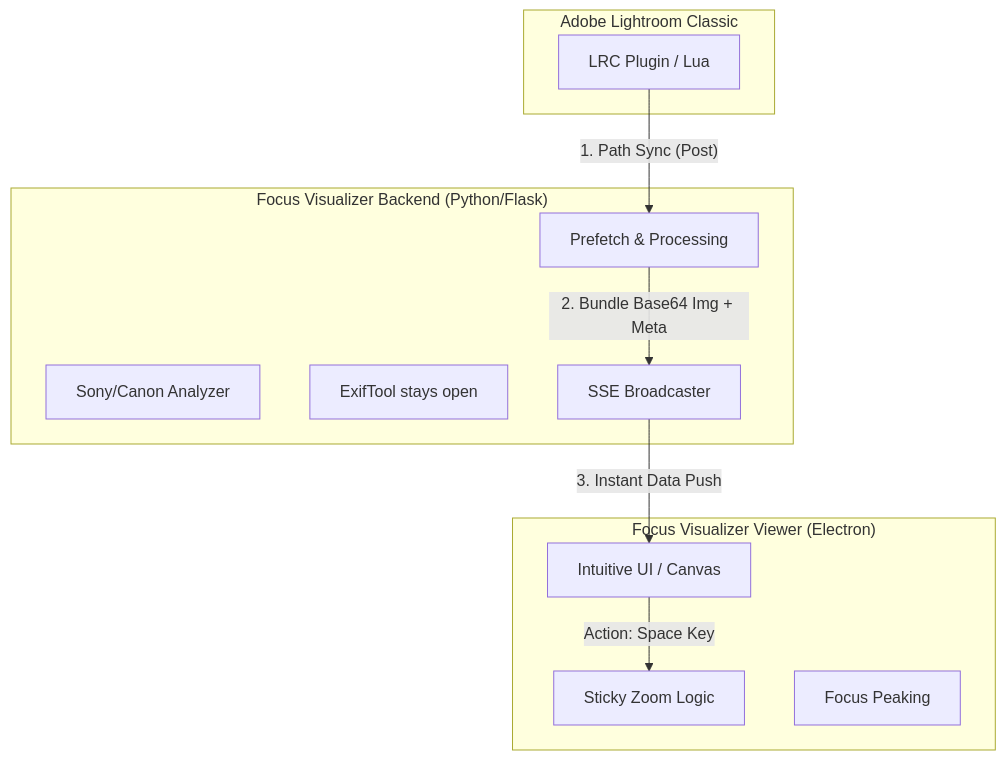
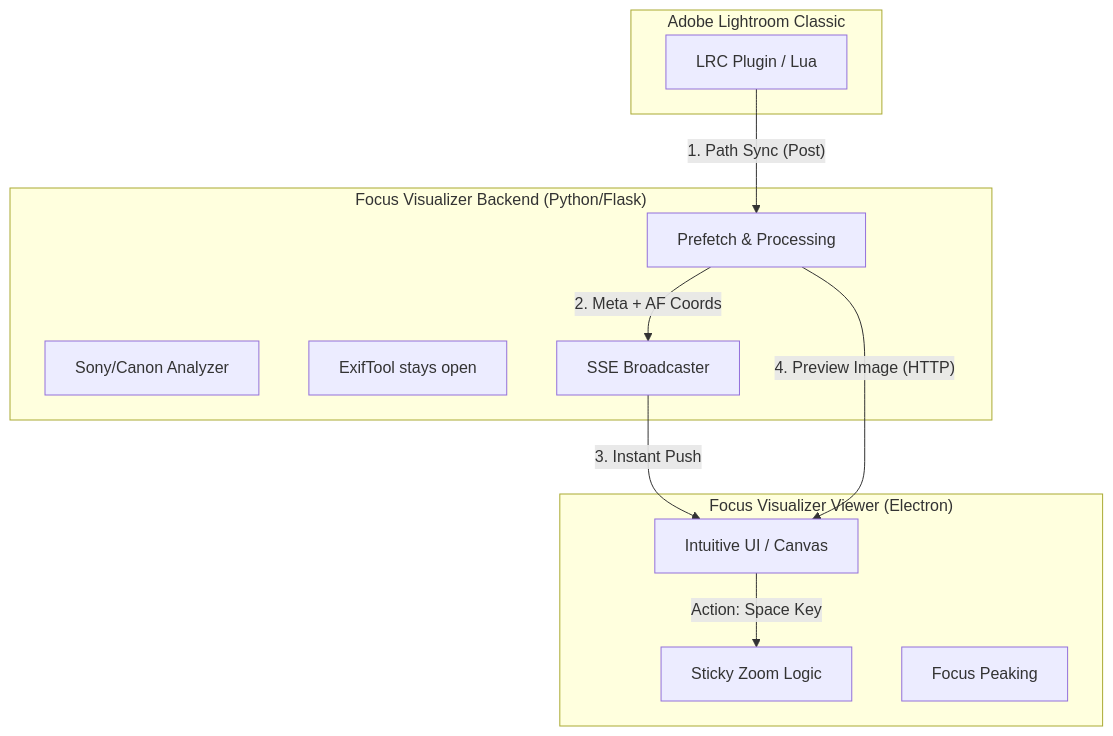
One commit to muromix/FocusVisualizer changed the first of 2 diagrams in Walkthrough/FOCUS_VISUALIZER_CONCEPT.md. Above: the diagram before and after it, drawn with Mermaid. The commit also changed other lines of this file and 16 other files, not shown here.

````diff
--- a/Walkthrough/FOCUS_VISUALIZER_CONCEPT.md
+++ b/Walkthrough/FOCUS_VISUALIZER_CONCEPT.md
@@ -47,24 +47,25 @@
 ```mermaid
 graph TD
     subgraph "Adobe Lightroom Classic"
         LRC[LRC Plugin / Lua]
     end
 
     subgraph "Focus Visualizer Backend (Python/Flask)"
         SA[Sony/Canon Analyzer]
         EX[ExifTool stays open]
         PC[Prefetch & Processing]
         SSE[SSE Broadcaster]
     end
 
     subgraph "Focus Visualizer Viewer (Electron)"
         UI[Intuitive UI / Canvas]
         SZ[Sticky Zoom Logic]
         PK[Focus Peaking]
     end
 
     LRC -- "1. Path Sync (Post)" --> PC
-    PC -- "2. Bundle Base64 Img + Meta" --> SSE
-    SSE -- "3. Instant Data Push" --> UI
+    PC -- "2. Meta + AF Coords" --> SSE
+    SSE -- "3. Instant Push" --> UI
+    PC -- "4. Preview Image (HTTP)" --> UI
     UI -- "Action: Space Key" --> SZ
 ```
````
